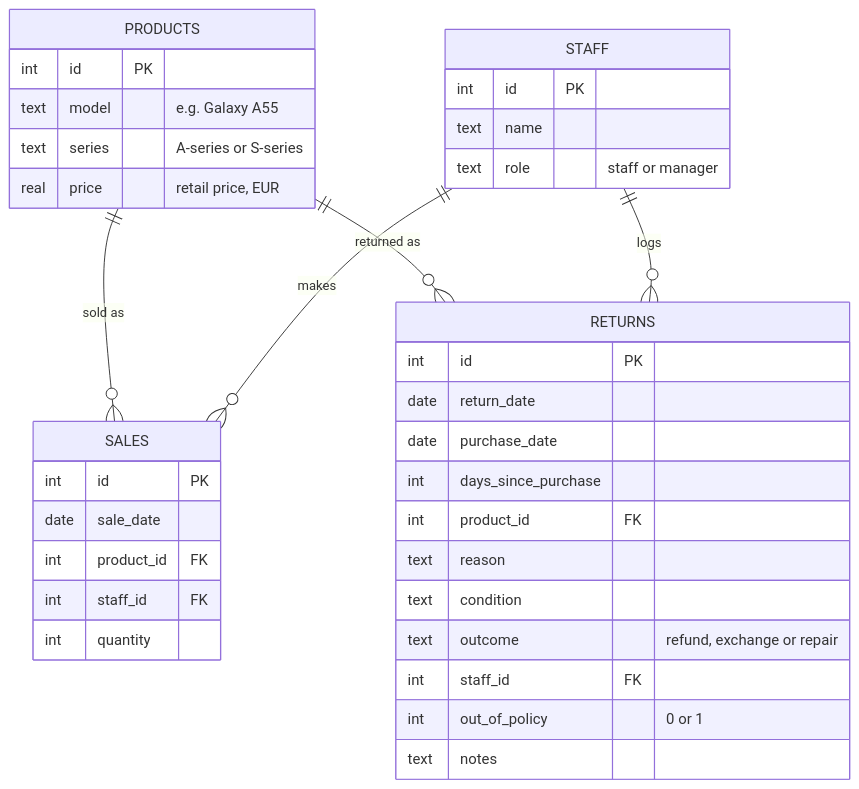
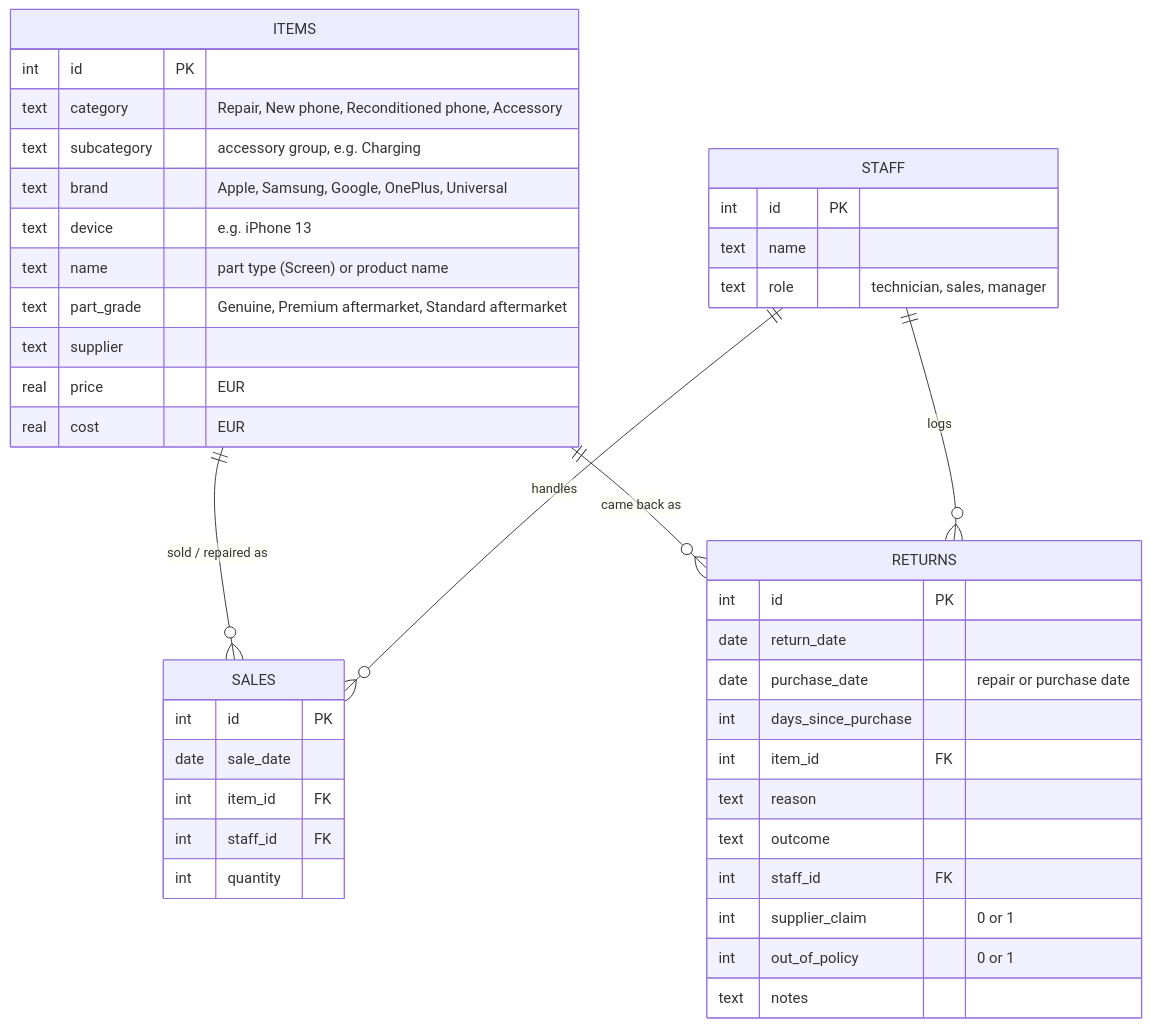
Before and after one commit to sanjayprakash-git/returns-tracker: the first of 3 diagrams in docs/requirements.md, drawn with Mermaid. The commit also changed other lines of this file and 13 other files, not shown here.

Commit message:
Rework for a phone repair & accessories shop: repair comebacks by part, grade and supplier, accessory groups, supplier claims, warranty rules

````diff
--- a/docs/requirements.md
+++ b/docs/requirements.md
@@ -112,39 +118,45 @@
 ```mermaid
 erDiagram
-    PRODUCTS ||--o{ SALES : "sold as"
-    PRODUCTS ||--o{ RETURNS : "returned as"
-    STAFF ||--o{ SALES : makes
+    ITEMS ||--o{ SALES : "sold / repaired as"
+    ITEMS ||--o{ RETURNS : "came back as"
+    STAFF ||--o{ SALES : handles
     STAFF ||--o{ RETURNS : logs
 
-    PRODUCTS {
+    ITEMS {
         int id PK
-        text model "e.g. Galaxy A55"
-        text series "A-series or S-series"
-        real price "retail price, EUR"
+        text category "Repair, New phone, Reconditioned phone, Accessory"
+        text subcategory "accessory group, e.g. Charging"
+        text brand "Apple, Samsung, Google, OnePlus, Universal"
+        text device "e.g. iPhone 13"
+        text name "part type (Screen) or product name"
+        text part_grade "Genuine, Premium aftermarket, Standard aftermarket"
+        text supplier
+        real price "EUR"
+        real cost "EUR"
     }
     STAFF {
         int id PK
         text name
-        text role "staff or manager"
+        text role "technician, sales, manager"
     }
     SALES {
         int id PK
         date sale_date
-        int product_id FK
+        int item_id FK
         int staff_id FK
         int quantity
     }
     RETURNS {
         int id PK
         date return_date
-        date purchase_date
+        date purchase_date "repair or purchase date"
         int days_since_purchase
-        int product_id FK
+        int item_id FK
         text reason
-        text condition
-        text outcome "refund, exchange or repair"
+        text outcome
         int staff_id FK
+        int supplier_claim "0 or 1"
         int out_of_policy "0 or 1"
         text notes
     }
 ```
````
